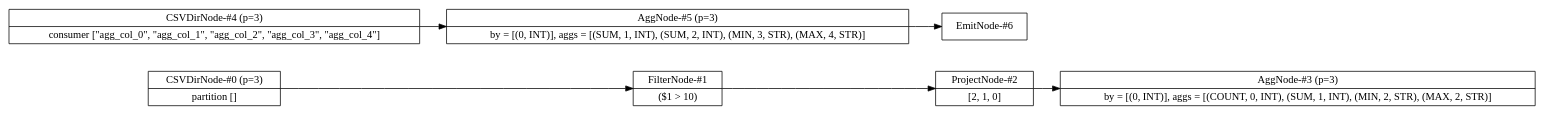
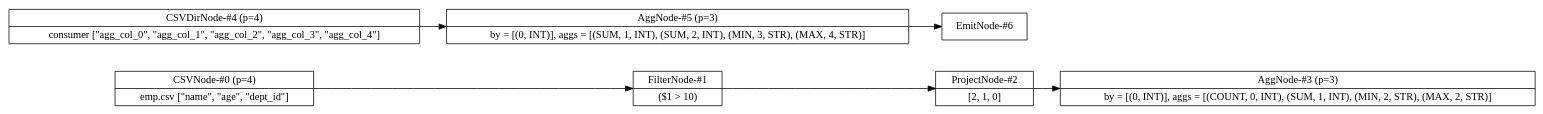
The diagram in data/flow.dot (adarshpannu/kona), drawn with Graphviz before and after one commit. The commit also changed 19 other files, not shown here.

```diff
--- a/data/flow.dot
+++ b/data/flow.dot
@@ -1,18 +1,18 @@
 digraph example1 {
     node [shape=record];
     rankdir=LR;
     splines=polyline;
     nodesep=0.5;
-    Node0[label="CSVDirNode-#0 (p=3)|partition []"];
+    Node0[label="CSVNode-#0 (p=4)|emp.csv [\"name\", \"age\", \"dept_id\"]"];
     Node1[label="FilterNode-#1|($1 &gt; 10)"];
     Node0 -> Node1;
     Node2[label="ProjectNode-#2|[2, 1, 0]"];
     Node1 -> Node2;
     Node3[label="AggNode-#3 (p=3)|by = [(0, INT)], aggs = [(COUNT, 0, INT), (SUM, 1, INT), (MIN, 2, STR), (MAX, 2, STR)]"];
     Node2 -> Node3;
-    Node4[label="CSVDirNode-#4 (p=3)|consumer [\"agg_col_0\", \"agg_col_1\", \"agg_col_2\", \"agg_col_3\", \"agg_col_4\"]"];
+    Node4[label="CSVDirNode-#4 (p=4)|consumer [\"agg_col_0\", \"agg_col_1\", \"agg_col_2\", \"agg_col_3\", \"agg_col_4\"]"];
     Node5[label="AggNode-#5 (p=3)|by = [(0, INT)], aggs = [(SUM, 1, INT), (SUM, 2, INT), (MIN, 3, STR), (MAX, 4, STR)]"];
     Node4 -> Node5;
     Node6[label="EmitNode-#6"];
     Node5 -> Node6;
 }
```
